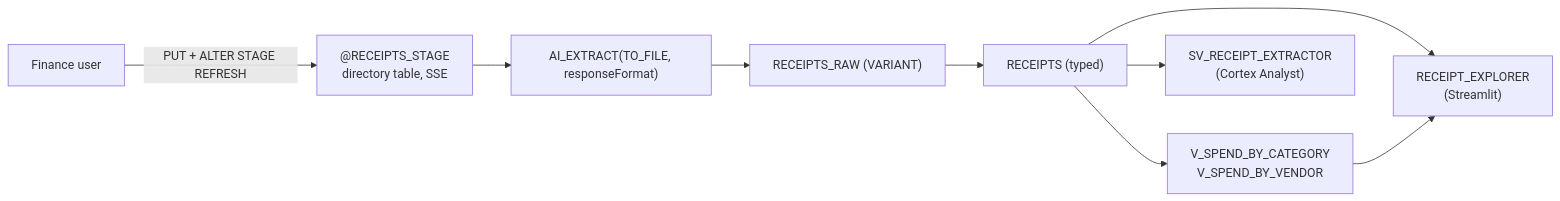
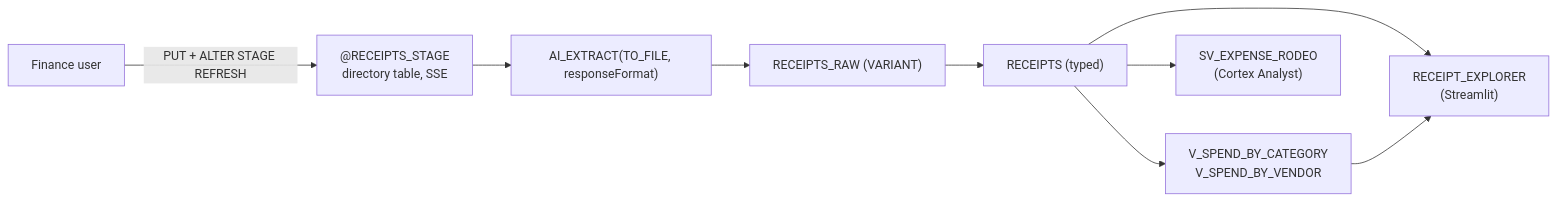
Before and after one commit to sfc-gh-miwhitaker/expense-rodeo: the diagram in docs/architecture.md, drawn with Mermaid. The commit also changed other lines of this file and 14 other files, not shown here.

Commit message:
refactor: rename project from Receipt Extractor to Expense Rodeo

````diff
--- a/docs/architecture.md
+++ b/docs/architecture.md
@@ -3,11 +3,11 @@
 ```mermaid
 flowchart LR
     user["Finance user"] -->|PUT + ALTER STAGE REFRESH| stage["@RECEIPTS_STAGE<br/>directory table, SSE"]
     stage --> extract["AI_EXTRACT(TO_FILE, responseFormat)"]
     extract --> raw["RECEIPTS_RAW (VARIANT)"]
     raw --> fact["RECEIPTS (typed)"]
     fact --> views["V_SPEND_BY_CATEGORY<br/>V_SPEND_BY_VENDOR"]
-    fact --> sv["SV_RECEIPT_EXTRACTOR<br/>(Cortex Analyst)"]
+    fact --> sv["SV_EXPENSE_RODEO<br/>(Cortex Analyst)"]
     fact --> st["RECEIPT_EXPLORER<br/>(Streamlit)"]
     views --> st
 ```
````
